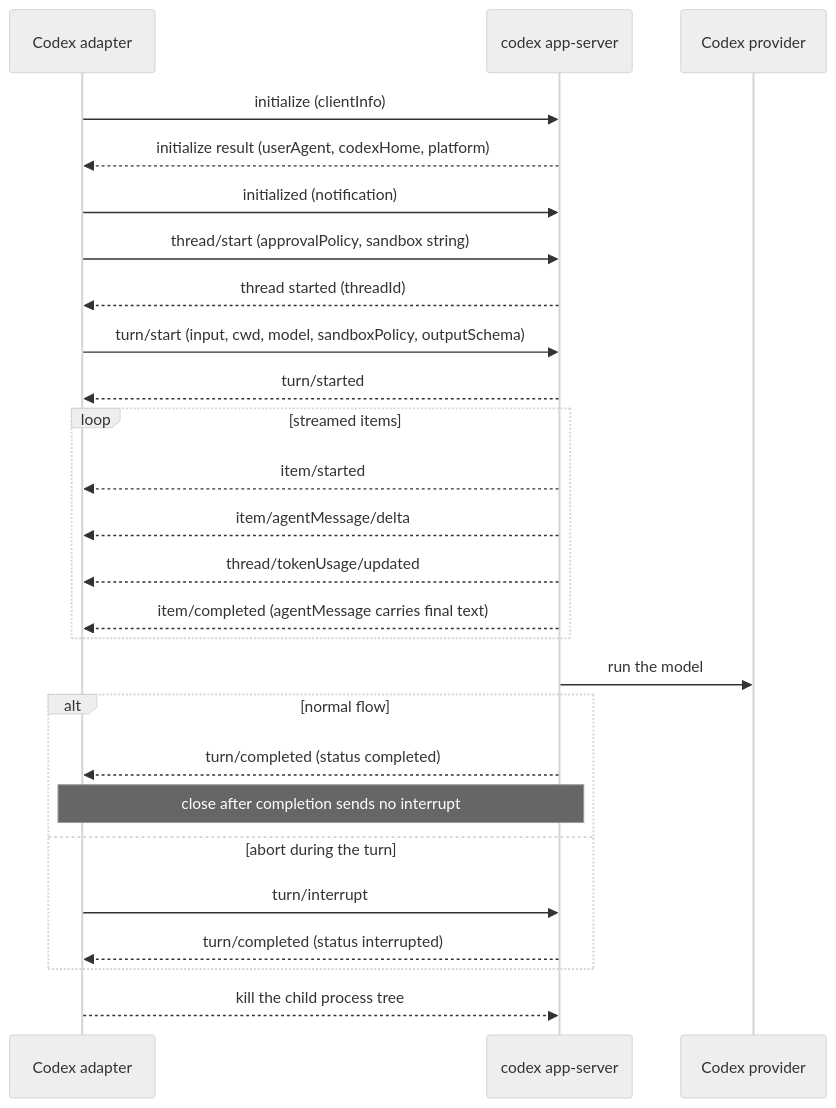
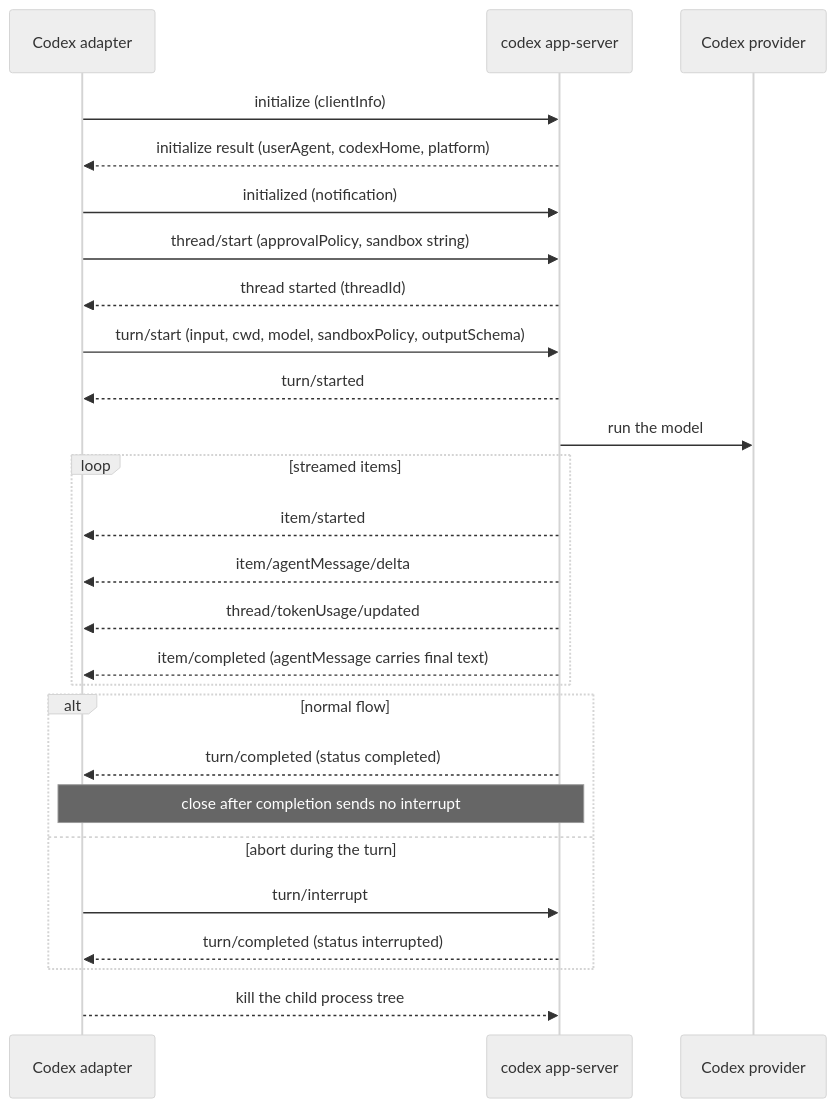
The diagram in docs/src/content/docs/developing/reference/codex-app-server.md (rbutera/Rennet), drawn with Mermaid (neutral theme) before and after one commit. The commit also changed other lines of this file and 3 other files, not shown here.

````diff
--- a/docs/src/content/docs/developing/reference/codex-app-server.md
+++ b/docs/src/content/docs/developing/reference/codex-app-server.md
@@ -42,29 +42,29 @@
 ```mermaid
 sequenceDiagram
   participant Adapter as Codex adapter
   participant Server as codex app-server
   participant Provider as Codex provider
 
   Adapter->>Server: initialize (clientInfo)
   Server-->>Adapter: initialize result (userAgent, codexHome, platform)
   Adapter->>Server: initialized (notification)
   Adapter->>Server: thread/start (approvalPolicy, sandbox string)
   Server-->>Adapter: thread started (threadId)
   Adapter->>Server: turn/start (input, cwd, model, sandboxPolicy, outputSchema)
   Server-->>Adapter: turn/started
+  Server->>Provider: run the model
   loop streamed items
     Server-->>Adapter: item/started
     Server-->>Adapter: item/agentMessage/delta
     Server-->>Adapter: thread/tokenUsage/updated
     Server-->>Adapter: item/completed (agentMessage carries final text)
   end
-  Server->>Provider: run the model
   alt normal flow
     Server-->>Adapter: turn/completed (status completed)
     Note over Adapter,Server: close after completion sends no interrupt
   else abort during the turn
     Adapter->>Server: turn/interrupt
     Server-->>Adapter: turn/completed (status interrupted)
   end
   Adapter-->>Server: kill the child process tree
 ```
````
